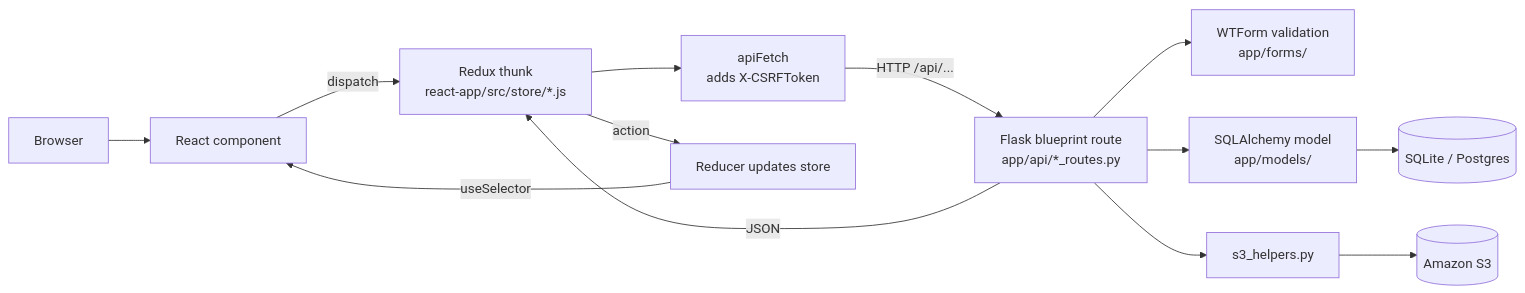
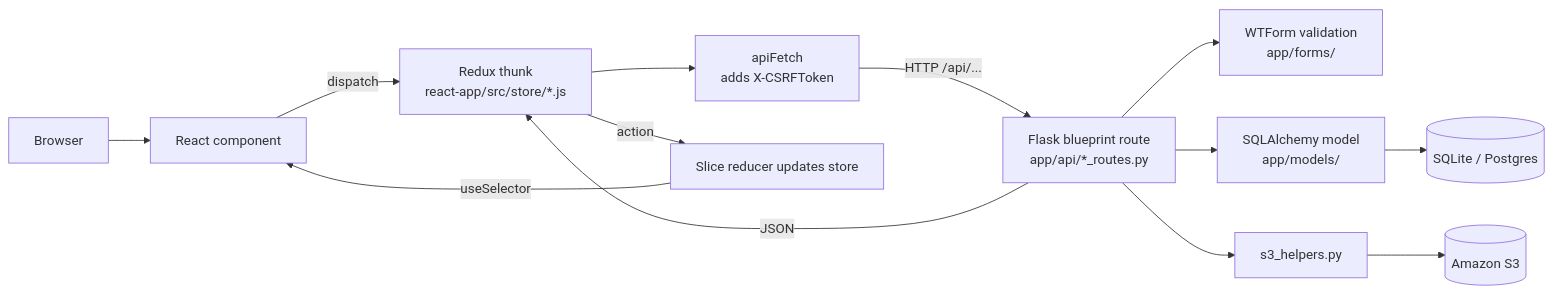
The first of 4 diagrams in docs/WALKTHROUGH.md (tyler-tor/PostPix), drawn with Mermaid before and after one commit. The commit also changed other lines of this file, not shown here.

````diff
--- a/docs/WALKTHROUGH.md
+++ b/docs/WALKTHROUGH.md
@@ -54,15 +56,15 @@
 ```mermaid
 flowchart LR
     B[Browser] --> R[React component]
     R -->|dispatch| T[Redux thunk<br/>react-app/src/store/*.js]
     T --> F[apiFetch<br/>adds X-CSRFToken]
     F -->|HTTP /api/...| BP[Flask blueprint route<br/>app/api/*_routes.py]
     BP --> FM[WTForm validation<br/>app/forms/]
     BP --> M[SQLAlchemy model<br/>app/models/]
     M --> DB[(SQLite / Postgres)]
     BP --> S3H[s3_helpers.py]
     S3H --> S3[(Amazon S3)]
     BP -->|JSON| T
-    T -->|action| RD[Reducer updates store]
+    T -->|action| RD[Slice reducer updates store]
     RD -->|useSelector| R
 ```
````
